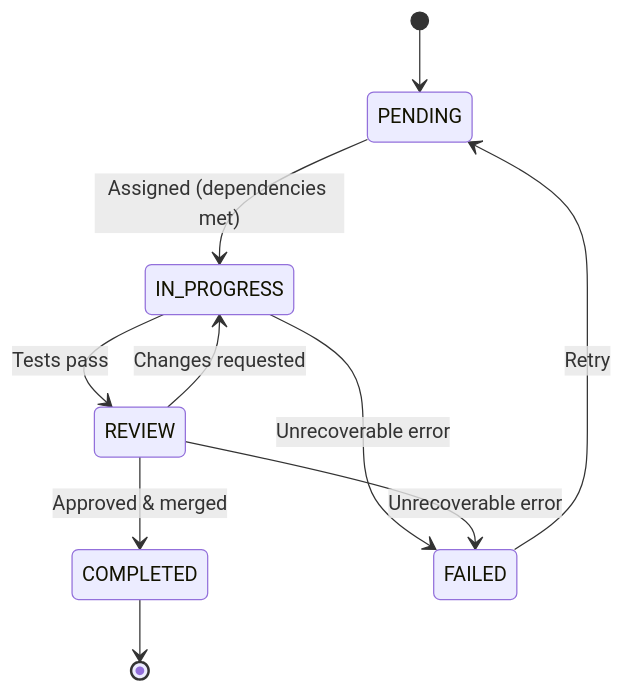
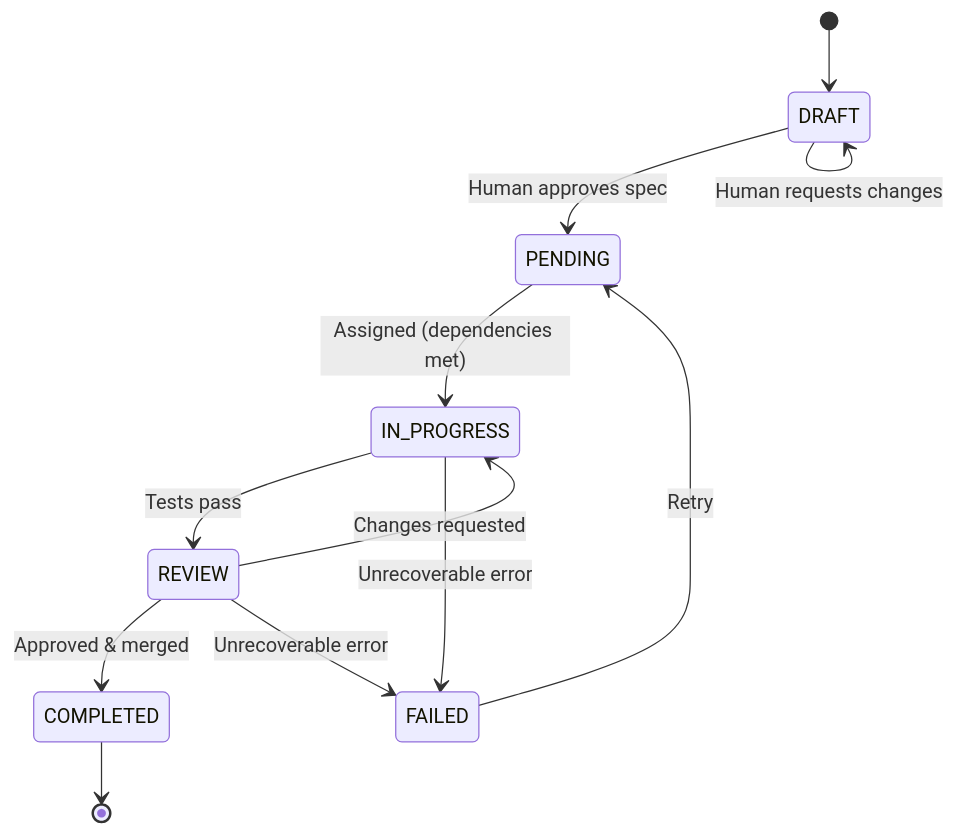
One commit to dbyrne/auto-godot changed the second of 7 diagrams in SPEC.md. Above: the diagram before and after it, drawn with Mermaid. The commit also changed other lines of this file, not shown here.

First line of the commit message:
Add DRAFT state for human spec review before PENDING

````diff
--- a/SPEC.md
+++ b/SPEC.md
@@ -324,14 +325,16 @@
 ```mermaid
 stateDiagram-v2
-    [*] --> PENDING
+    [*] --> DRAFT
+    DRAFT --> PENDING: Human approves spec
+    DRAFT --> DRAFT: Human requests changes
     PENDING --> IN_PROGRESS: Assigned (dependencies met)
     IN_PROGRESS --> REVIEW: Tests pass
     REVIEW --> COMPLETED: Approved & merged
     REVIEW --> IN_PROGRESS: Changes requested
     COMPLETED --> [*]
 
     IN_PROGRESS --> FAILED: Unrecoverable error
     REVIEW --> FAILED: Unrecoverable error
 
     FAILED --> PENDING: Retry
 ```
````
